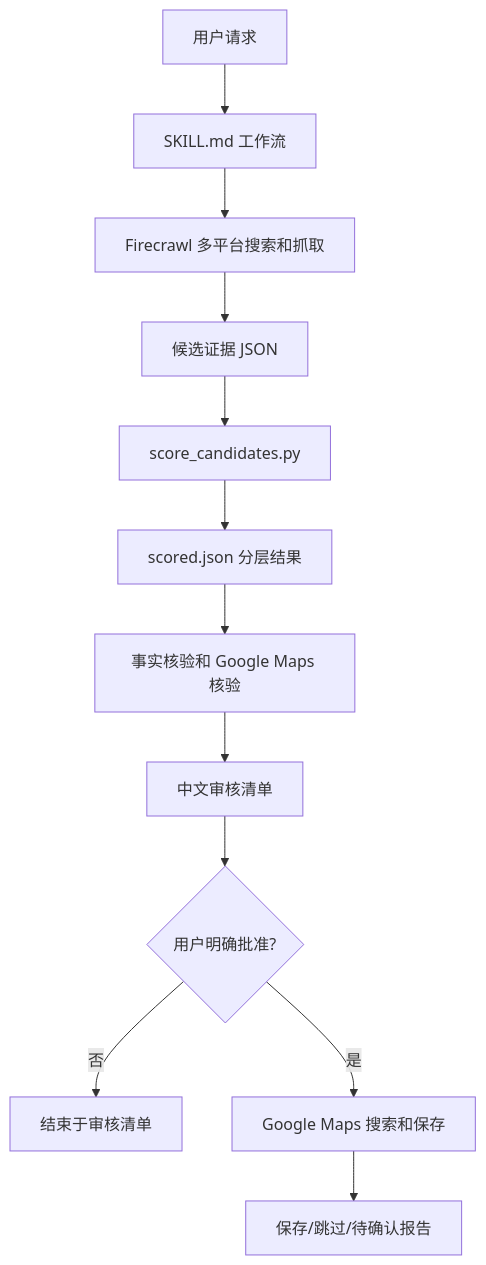
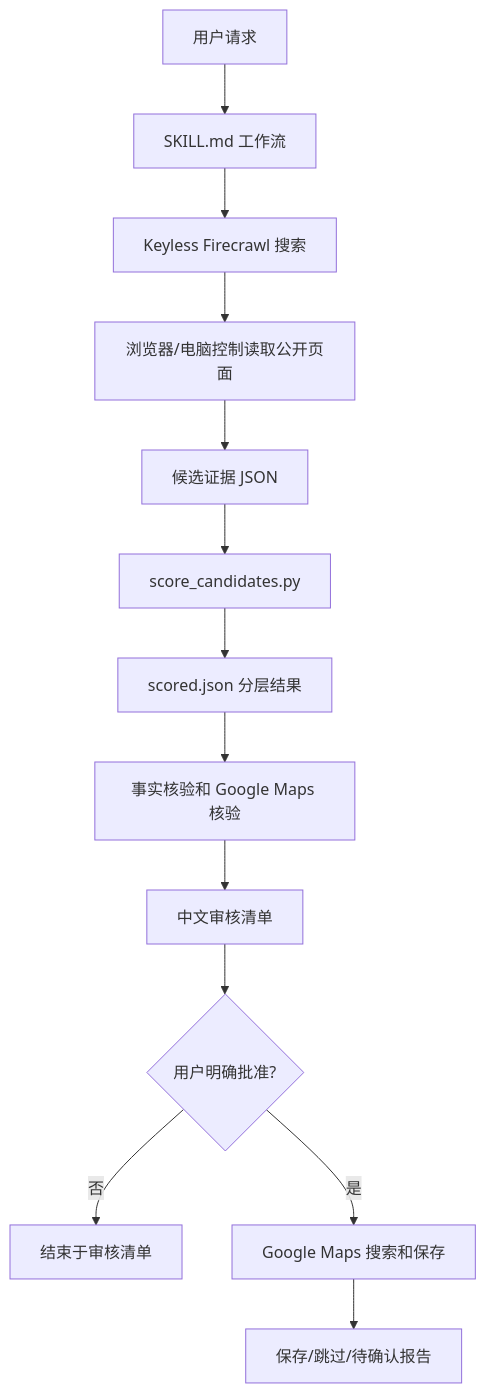
The diagram in travel-research-maps/docs/planning/architecture.md (Jerryszz02/szz-Skills), drawn with Mermaid before and after one commit. The commit also changed other lines of this file and 11 other files, not shown here.

````diff
--- a/travel-research-maps/docs/planning/architecture.md
+++ b/travel-research-maps/docs/planning/architecture.md
@@ -23,14 +23,15 @@
 ```mermaid
 flowchart TD
     A["用户请求"] --> B["SKILL.md 工作流"]
-    B --> C["Firecrawl 多平台搜索和抓取"]
-    C --> D["候选证据 JSON"]
-    D --> E["score_candidates.py"]
-    E --> F["scored.json 分层结果"]
-    F --> G["事实核验和 Google Maps 核验"]
-    G --> H["中文审核清单"]
-    H --> I{"用户明确批准?"}
-    I -- "否" --> J["结束于审核清单"]
-    I -- "是" --> K["Google Maps 搜索和保存"]
-    K --> L["保存/跳过/待确认报告"]
+    B --> C["Keyless Firecrawl 搜索"]
+    C --> D["浏览器/电脑控制读取公开页面"]
+    D --> E["候选证据 JSON"]
+    E --> F["score_candidates.py"]
+    F --> G["scored.json 分层结果"]
+    G --> H["事实核验和 Google Maps 核验"]
+    H --> I["中文审核清单"]
+    I --> J{"用户明确批准?"}
+    J -- "否" --> K["结束于审核清单"]
+    J -- "是" --> L["Google Maps 搜索和保存"]
+    L --> M["保存/跳过/待确认报告"]
 ```
````
